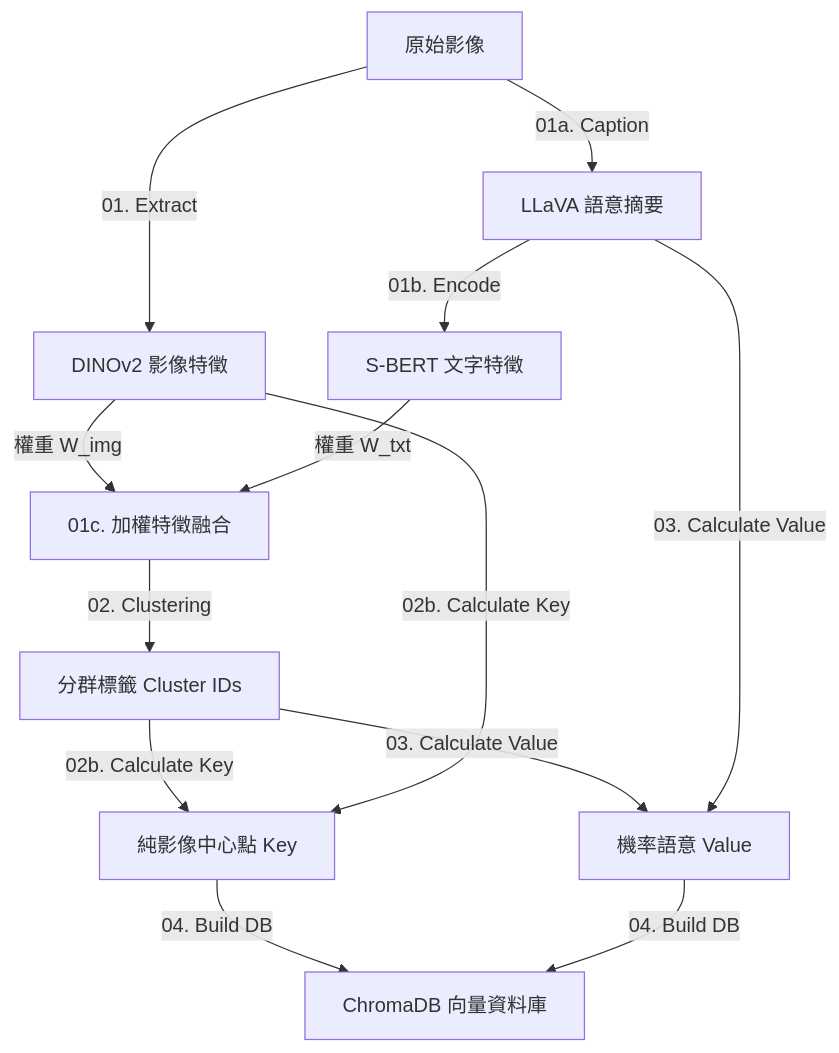
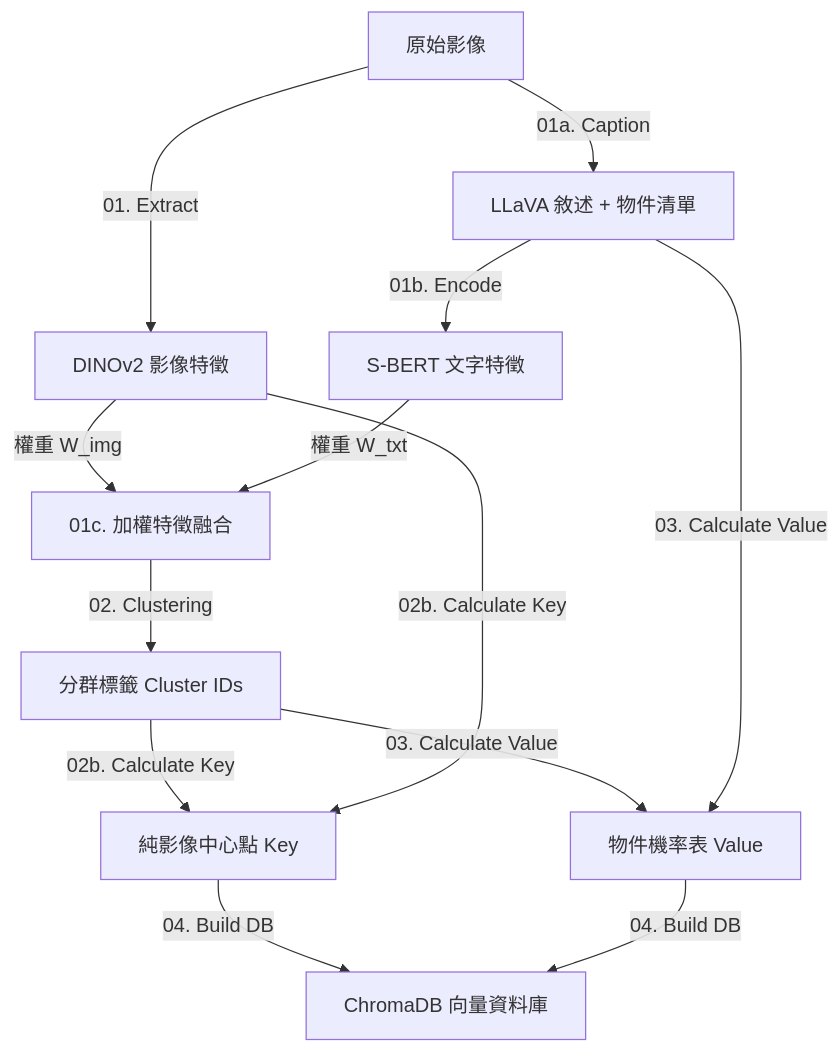
Before and after one commit to Wally0924/mmsegmentation: the diagram in Memorydb/README.md, drawn with Mermaid. The commit also changed other lines of this file and 4 other files, not shown here.

````diff
--- a/Memorydb/README.md
+++ b/Memorydb/README.md
@@ -17,16 +17,16 @@
 ```mermaid
 graph TD
     Img[原始影像] --> |01. Extract| Dino[DINOv2 影像特徵]
-    Img --> |01a. Caption| JSON[LLaVA 語意摘要]
+    Img --> |01a. Caption| JSON[LLaVA 敘述 + 物件清單]
     JSON --> |01b. Encode| SBERT[S-BERT 文字特徵]
     
     Dino --> |權重 W_img| Fusion[01c. 加權特徵融合]
     SBERT --> |權重 W_txt| Fusion
     
     Fusion --> |02. Clustering| Labels[分群標籤 Cluster IDs]
     
     Labels & Dino --> |02b. Calculate Key| Key[純影像中心點 Key]
-    Labels & JSON --> |03. Calculate Value| Value[機率語意 Value]
+    Labels & JSON --> |03. Calculate Value| Value[物件機率表 Value]
     
     Key & Value --> |04. Build DB| Chroma[ChromaDB 向量資料庫]
 ```
````
